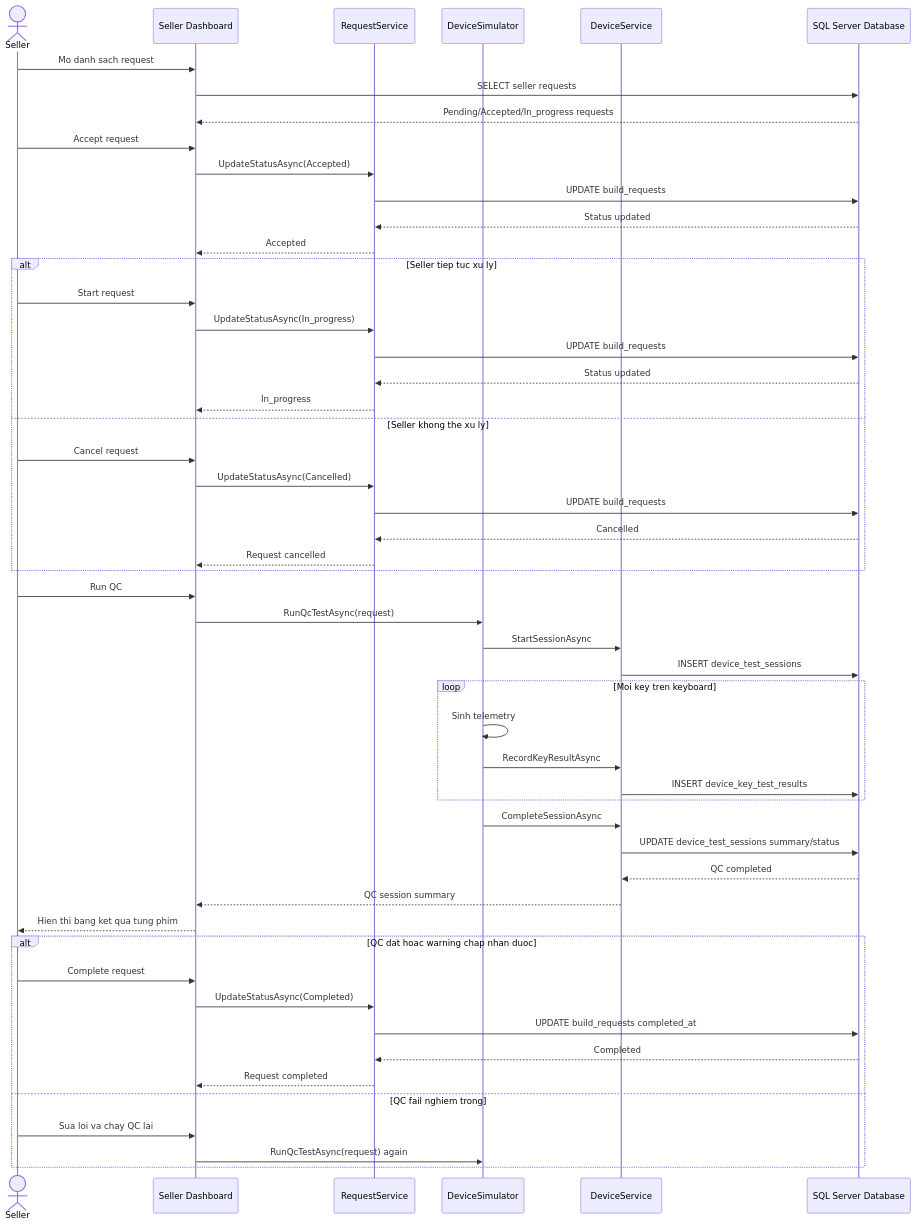
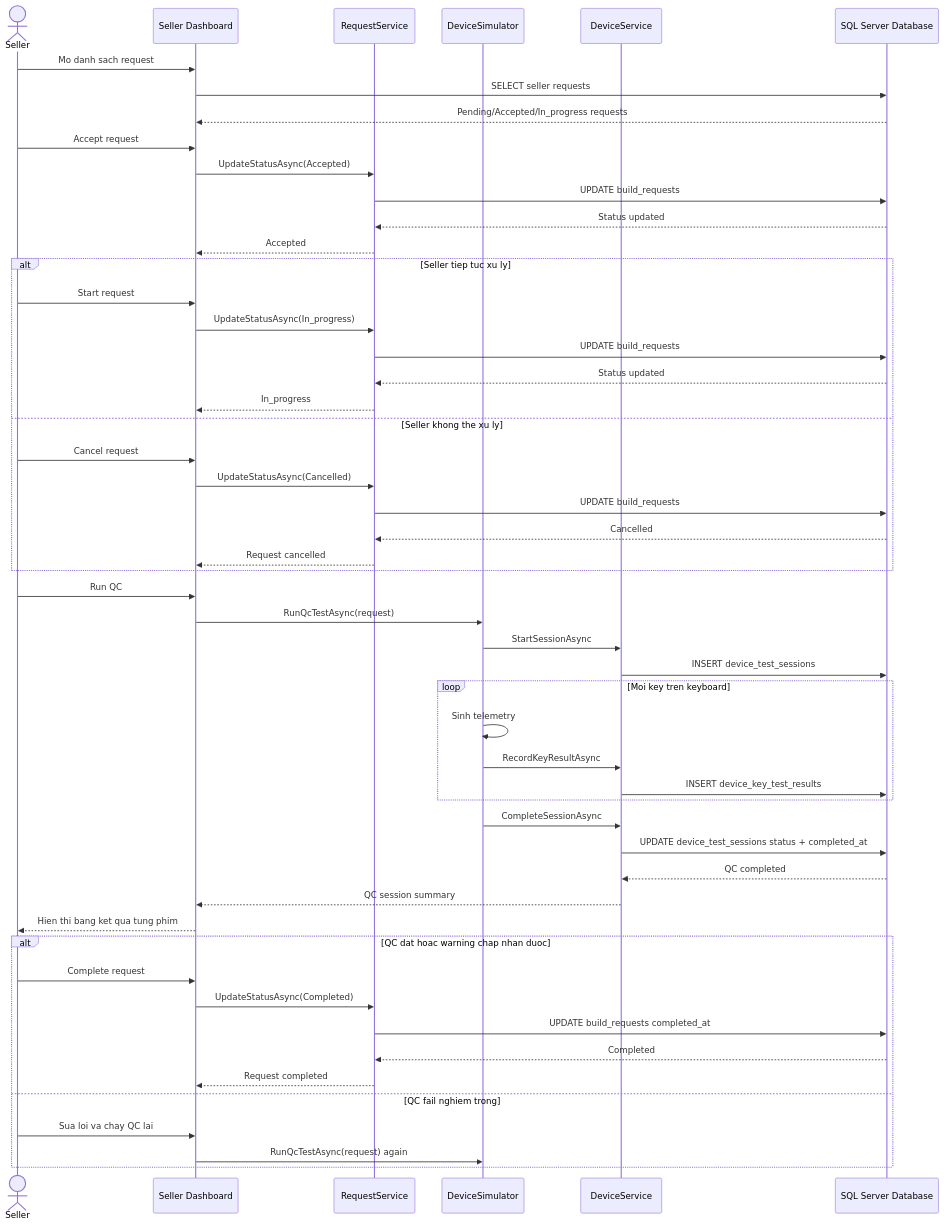
Before and after one commit to froynar/Custom_keyboard: the fifth of 12 diagrams in Documents_Refactor/Custom_Keyboard_Sequence_Diagram_Simplified.md, drawn with Mermaid. The commit also changed other lines of this file and 129 other files, not shown here.

````diff
--- a/Documents_Refactor/Custom_Keyboard_Sequence_Diagram_Simplified.md
+++ b/Documents_Refactor/Custom_Keyboard_Sequence_Diagram_Simplified.md
@@ -341,61 +341,61 @@
 ```mermaid
 sequenceDiagram
     actor Seller
     participant App as Seller Dashboard
     participant Request as RequestService
     participant Device as DeviceSimulator
     participant DeviceService
     participant DB as SQL Server Database
 
     Seller->>App: Mo danh sach request
     App->>DB: SELECT seller requests
     DB-->>App: Pending/Accepted/In_progress requests
 
     Seller->>App: Accept request
     App->>Request: UpdateStatusAsync(Accepted)
     Request->>DB: UPDATE build_requests
     DB-->>Request: Status updated
     Request-->>App: Accepted
 
     alt Seller tiep tuc xu ly
         Seller->>App: Start request
         App->>Request: UpdateStatusAsync(In_progress)
         Request->>DB: UPDATE build_requests
         DB-->>Request: Status updated
         Request-->>App: In_progress
     else Seller khong the xu ly
         Seller->>App: Cancel request
         App->>Request: UpdateStatusAsync(Cancelled)
         Request->>DB: UPDATE build_requests
         DB-->>Request: Cancelled
         Request-->>App: Request cancelled
     end
 
     Seller->>App: Run QC
     App->>Device: RunQcTestAsync(request)
     Device->>DeviceService: StartSessionAsync
     DeviceService->>DB: INSERT device_test_sessions
 
     loop Moi key tren keyboard
         Device->>Device: Sinh telemetry
         Device->>DeviceService: RecordKeyResultAsync
         DeviceService->>DB: INSERT device_key_test_results
     end
 
     Device->>DeviceService: CompleteSessionAsync
-    DeviceService->>DB: UPDATE device_test_sessions summary/status
+    DeviceService->>DB: UPDATE device_test_sessions status + completed_at
     DB-->>DeviceService: QC completed
     DeviceService-->>App: QC session summary
     App-->>Seller: Hien thi bang ket qua tung phim
 
     alt QC dat hoac warning chap nhan duoc
         Seller->>App: Complete request
         App->>Request: UpdateStatusAsync(Completed)
         Request->>DB: UPDATE build_requests completed_at
         DB-->>Request: Completed
         Request-->>App: Request completed
     else QC fail nghiem trong
         Seller->>App: Sua loi va chay QC lai
         App->>Device: RunQcTestAsync(request) again
     end
 ```
````
